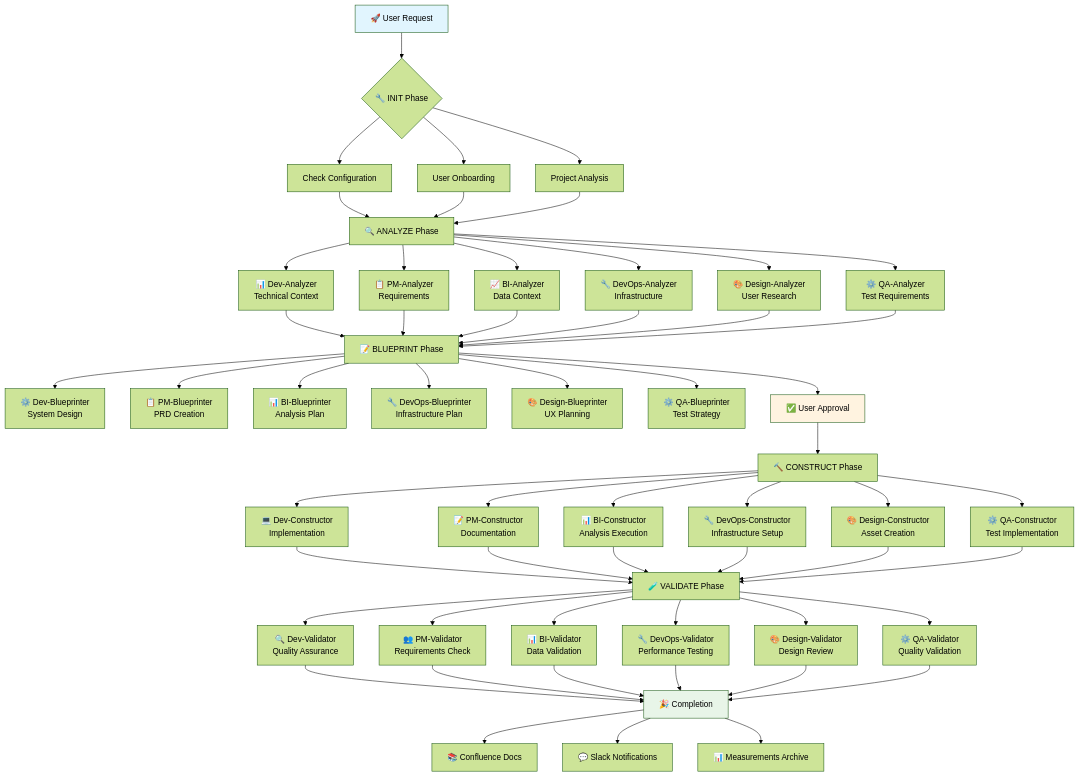
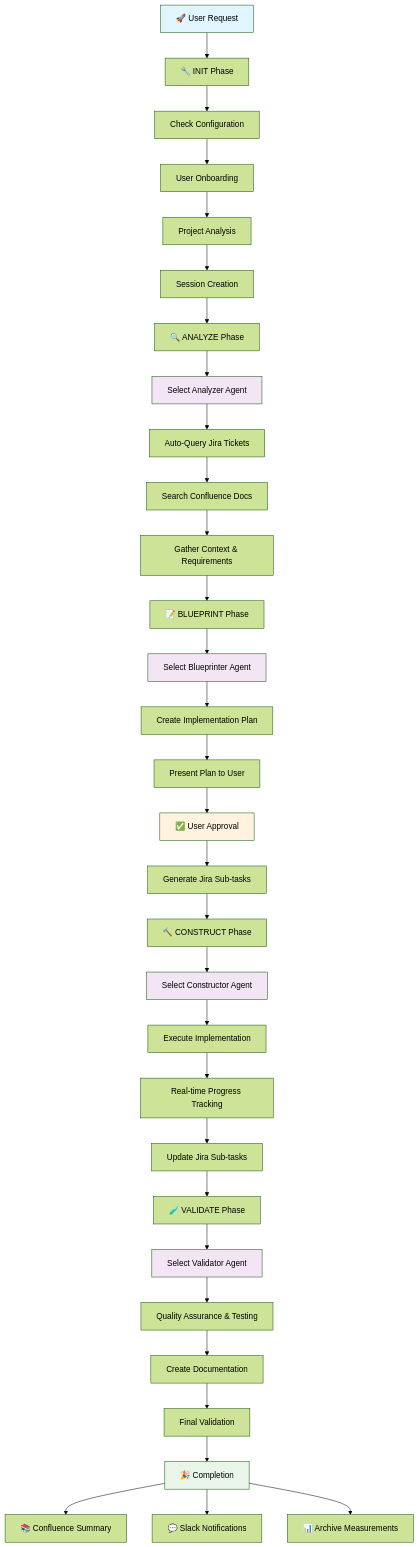
Before and after one commit to Play-Perfect/ai-workflow: the diagram in README.md, drawn with Mermaid (forest theme). The commit also changed other lines of this file, not shown here.

Commit message:
Refactor README.md to enhance AI workflow diagram clarity and structure. Update phase connections and agent roles for improved readability. Adjust styling for better visual distinction of elements.

````diff
--- a/README.md
+++ b/README.md
@@ -128,70 +128,52 @@
 ```mermaid
 graph TD
-    A[🚀 User Request] --> B{🔧 INIT Phase}
+    A[🚀 User Request] --> B[🔧 INIT Phase]
+    
     B --> B1[Check Configuration]
-    B --> B2[User Onboarding]
-    B --> B3[Project Analysis]
-    B1 --> C[🔍 ANALYZE Phase]
-    B2 --> C
-    B3 --> C
+    B1 --> B2[User Onboarding]
+    B2 --> B3[Project Analysis]
+    B3 --> B4[Session Creation]
     
-    C --> C1[📊 Dev-Analyzer<br/>Technical Context]
-    C --> C2[📋 PM-Analyzer<br/>Requirements]
-    C --> C3[📈 BI-Analyzer<br/>Data Context]
-    C --> C4[🔧 DevOps-Analyzer<br/>Infrastructure]
-    C --> C5[🎨 Design-Analyzer<br/>User Research]
-    C --> C6[⚙️ QA-Analyzer<br/>Test Requirements]
+    B4 --> C[🔍 ANALYZE Phase]
     
-    C1 --> D[📝 BLUEPRINT Phase]
-    C2 --> D
-    C3 --> D
-    C4 --> D
-    C5 --> D
-    C6 --> D
+    C --> C1[Select Analyzer Agent]
+    C1 --> C2[Auto-Query Jira Tickets]
+    C2 --> C3[Search Confluence Docs]
+    C3 --> C4[Gather Context & Requirements]
     
-    D --> D1[⚙️ Dev-Blueprinter<br/>System Design]
-    D --> D2[📋 PM-Blueprinter<br/>PRD Creation]
-    D --> D3[📊 BI-Blueprinter<br/>Analysis Plan]
-    D --> D4[🔧 DevOps-Blueprinter<br/>Infrastructure Plan]
-    D --> D5[🎨 Design-Blueprinter<br/>UX Planning]
-    D --> D6[⚙️ QA-Blueprinter<br/>Test Strategy]
+    C4 --> D[📝 BLUEPRINT Phase]
     
-    D --> D7[✅ User Approval]
-    D7 --> E[🔨 CONSTRUCT Phase]
+    D --> D1[Select Blueprinter Agent]
+    D1 --> D2[Create Implementation Plan]
+    D2 --> D3[Present Plan to User]
+    D3 --> D4[✅ User Approval]
+    D4 --> D5[Generate Jira Sub-tasks]
     
-    E --> E1[💻 Dev-Constructor<br/>Implementation]
-    E --> E2[📝 PM-Constructor<br/>Documentation]
-    E --> E3[📊 BI-Constructor<br/>Analysis Execution]
-    E --> E4[🔧 DevOps-Constructor<br/>Infrastructure Setup]
-    E --> E5[🎨 Design-Constructor<br/>Asset Creation]
-    E --> E6[⚙️ QA-Constructor<br/>Test Implementation]
+    D5 --> E[🔨 CONSTRUCT Phase]
     
-    E1 --> F[🧪 VALIDATE Phase]
-    E2 --> F
-    E3 --> F
-    E4 --> F
-    E5 --> F
-    E6 --> F
+    E --> E1[Select Constructor Agent]
+    E1 --> E2[Execute Implementation]
+    E2 --> E3[Real-time Progress Tracking]
+    E3 --> E4[Update Jira Sub-tasks]
     
-    F --> F1[🔍 Dev-Validator<br/>Quality Assurance]
-    F --> F2[👥 PM-Validator<br/>Requirements Check]
-    F --> F3[📊 BI-Validator<br/>Data Validation]
-    F --> F4[🔧 DevOps-Validator<br/>Performance Testing]
-    F --> F5[🎨 Design-Validator<br/>Design Review]
-    F --> F6[⚙️ QA-Validator<br/>Quality Validation]
+    E4 --> F[🧪 VALIDATE Phase]
     
-    F1 --> G[🎉 Completion]
-    F2 --> G
-    F3 --> G
-    F4 --> G
-    F5 --> G
-    F6 --> G
+    F --> F1[Select Validator Agent]
+    F1 --> F2[Quality Assurance & Testing]
+    F2 --> F3[Create Documentation]
+    F3 --> F4[Final Validation]
     
-    G --> G1[📚 Confluence Docs]
+    F4 --> G[🎉 Completion]
+    
+    G --> G1[📚 Confluence Summary]
     G --> G2[💬 Slack Notifications]
-    G --> G3[📊 Measurements Archive]
+    G --> G3[📊 Archive Measurements]
     
     style A fill:#e1f5fe
     style G fill:#e8f5e8
-    style D7 fill:#fff3e0
+    style D4 fill:#fff3e0
+    style C1 fill:#f3e5f5
+    style D1 fill:#f3e5f5
+    style E1 fill:#f3e5f5
+    style F1 fill:#f3e5f5
 ```
````
